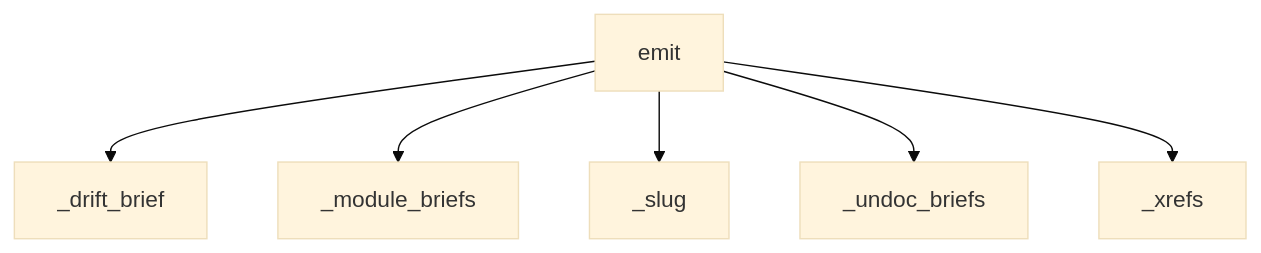
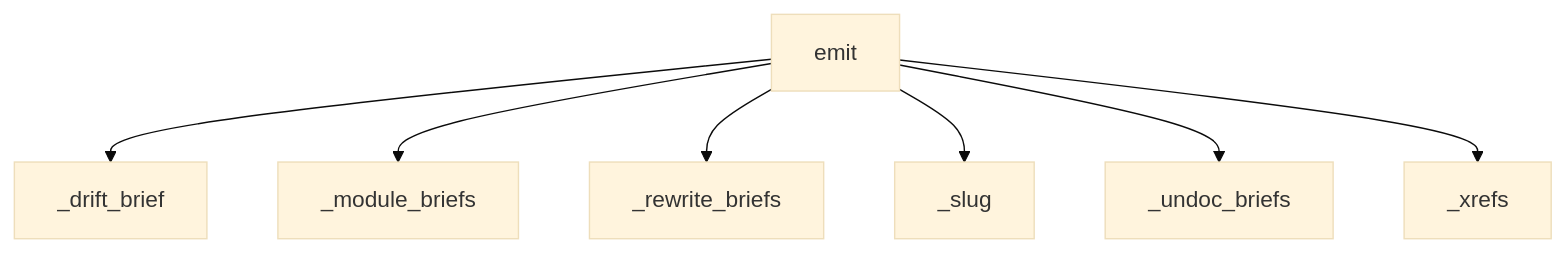
Before and after one commit to aseemchopra25/documate: the diagram in docs/architecture/src.documate.briefs.md, drawn with Mermaid (base theme). The commit also changed other lines of this file and 7 other files, not shown here.

````diff
--- a/docs/architecture/src.documate.briefs.md
+++ b/docs/architecture/src.documate.briefs.md
@@ -28,8 +28,9 @@
 ```mermaid
 flowchart TD
   emit --> _drift_brief
   emit --> _module_briefs
+  emit --> _rewrite_briefs
   emit --> _slug
   emit --> _undoc_briefs
   emit --> _xrefs
 ```
````
